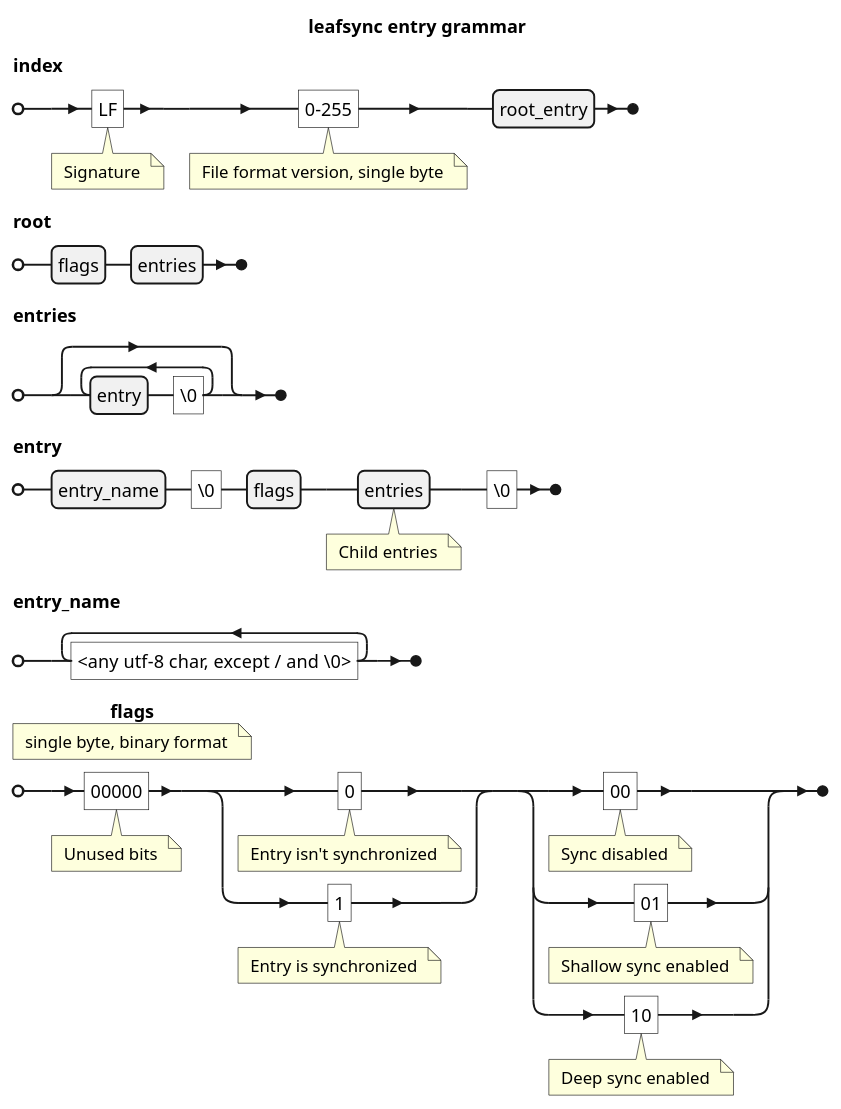
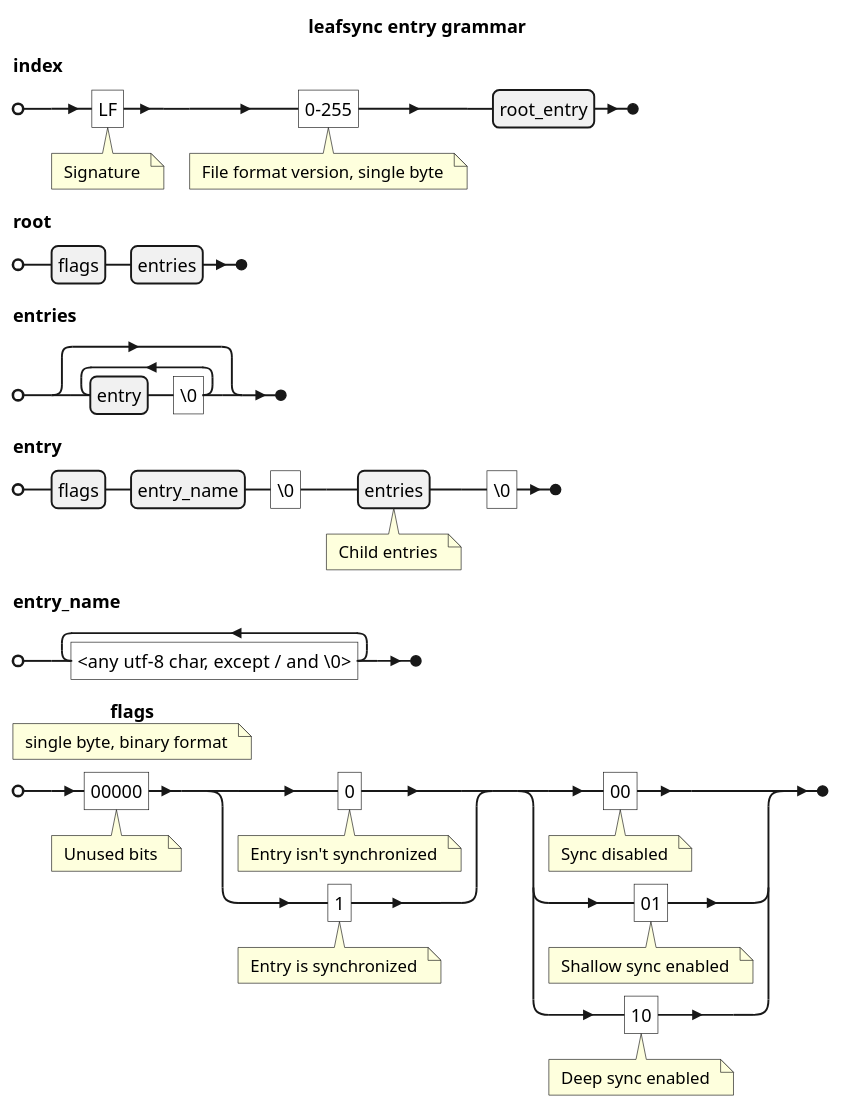
Before and after one commit to acc15/lf: the first of 2 diagrams in doc/index-format.md, drawn with PlantUML. The commit also changed 19 other files, not shown here.

````diff
--- a/doc/index-format.md
+++ b/doc/index-format.md
@@ -9,11 +9,11 @@
 ```plantuml
 @startebnf
 title leafsync entry grammar
 index = "LF" (* Signature *), "0-255" (* File format version, single byte *), root_entry;
 root = flags, entries;
 entries = { entry, "\0" };
-entry = entry_name, "\0", flags, entries (* Child entries *), "\0";
+entry = flags, entry_name, "\0", entries (* Child entries *), "\0";
 entry_name = { "<any utf-8 char, except / and \0>" }-;
 flags (* single byte, binary format *) = "00000" (* Unused bits *), ("0" (* Entry isn't synchronized *) | "1" (* Entry is synchronized *)), ("00" (* Sync disabled *) | "01" (* Shallow sync enabled *) | "10" (* Deep sync enabled *));
 @endebnf
 ```
````
